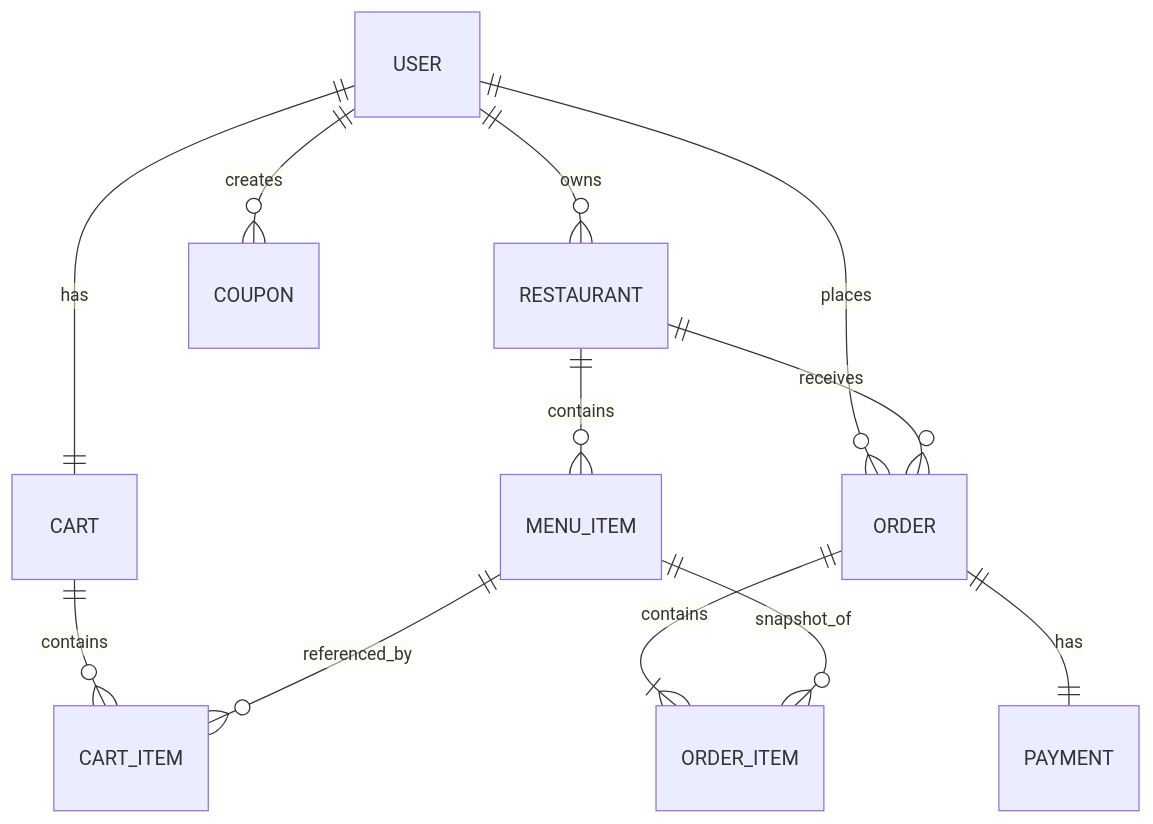
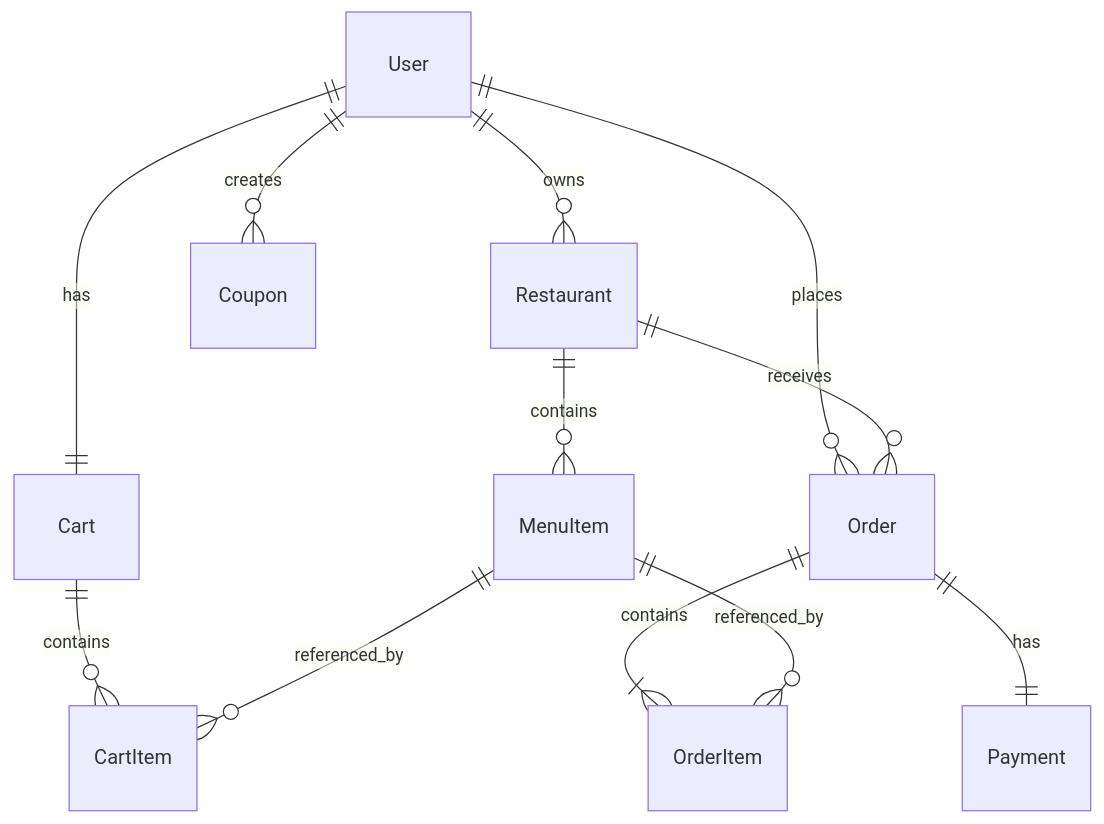
The diagram in README.md (NgNam203/food-delivery-backend), drawn with Mermaid before and after one commit. The commit also changed other lines of this file and 2 other files, not shown here.

````diff
--- a/README.md
+++ b/README.md
@@ -221,19 +221,19 @@
 ```mermaid
 erDiagram
 
-USER ||--o{ RESTAURANT : owns
-USER ||--o{ ORDER : places
-USER ||--o{ COUPON : creates
-USER ||--|| CART : has
+User ||--o{ Restaurant : owns
+User ||--o{ Order : places
+User ||--o{ Coupon : creates
+User ||--|| Cart : has
 
-RESTAURANT ||--o{ MENU_ITEM : contains
-RESTAURANT ||--o{ ORDER : receives
+Restaurant ||--o{ MenuItem : contains
+Restaurant ||--o{ Order : receives
 
-CART ||--o{ CART_ITEM : contains
-MENU_ITEM ||--o{ CART_ITEM : referenced_by
+Cart ||--o{ CartItem : contains
+MenuItem ||--o{ CartItem : referenced_by
 
-ORDER ||--|{ ORDER_ITEM : contains
-MENU_ITEM ||--o{ ORDER_ITEM : snapshot_of
+Order ||--|{ OrderItem : contains
+MenuItem ||--o{ OrderItem : referenced_by
 
-ORDER ||--|| PAYMENT : has
+Order ||--|| Payment : has
 ```
````
